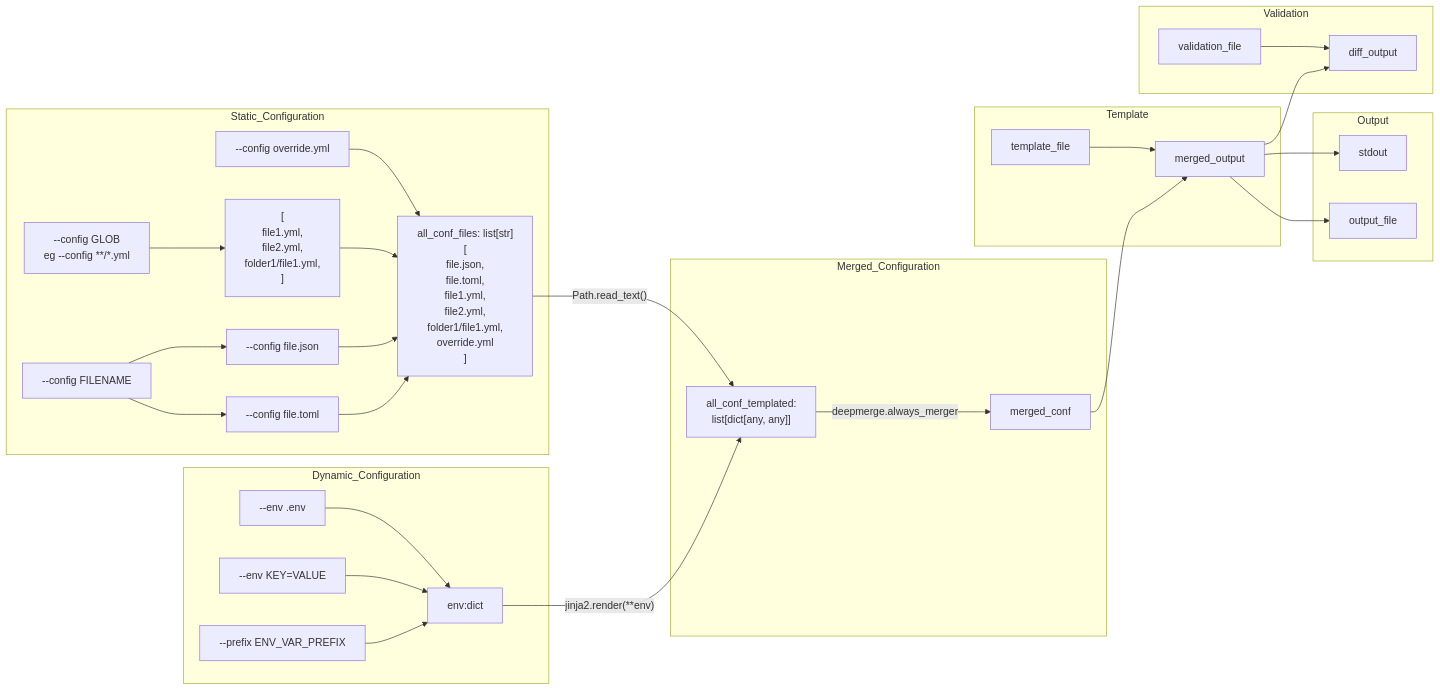
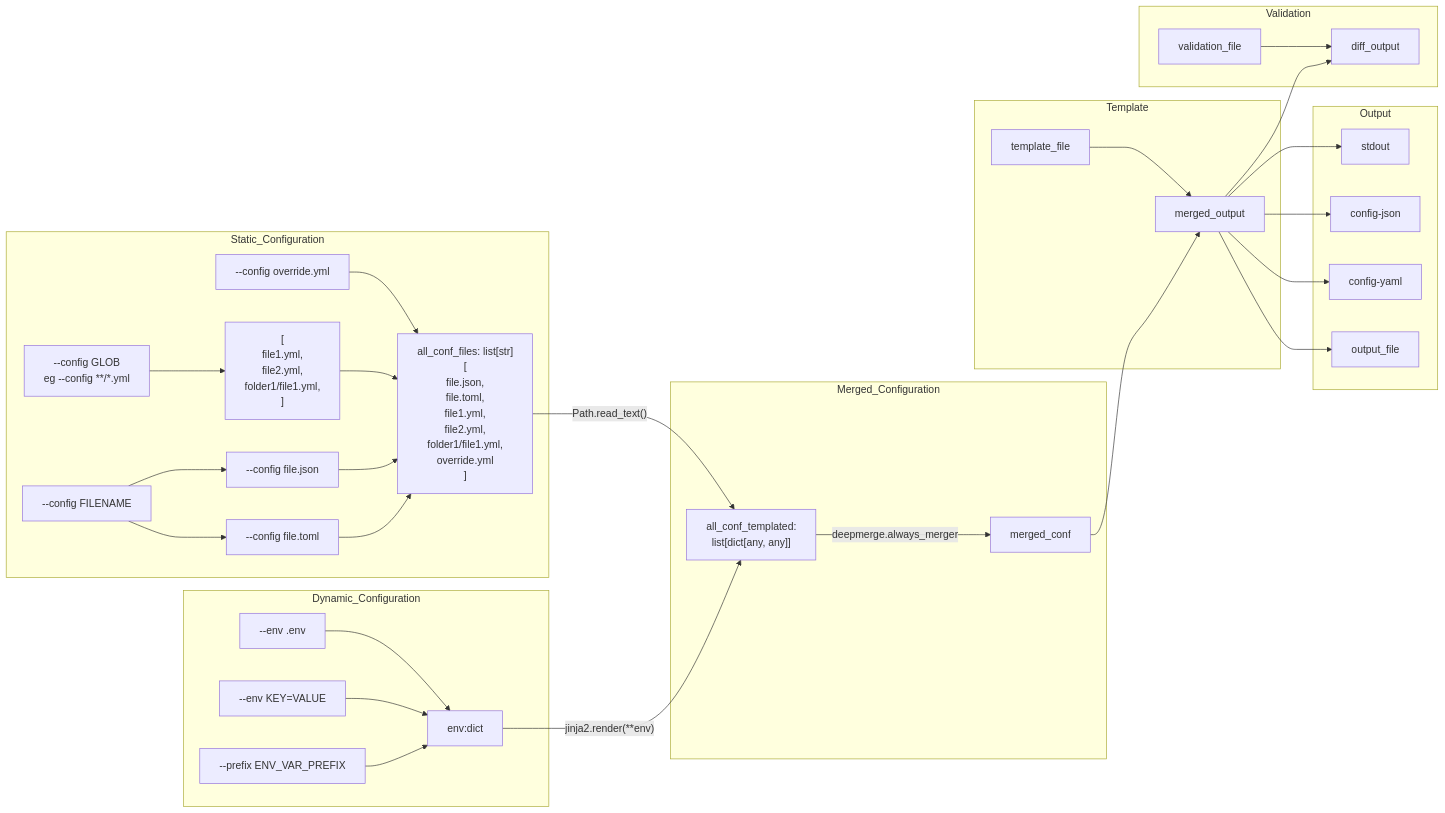
Before and after one commit to neozenith/injinja: the second of 4 diagrams in README.md, drawn with Mermaid.

Commit message:
Update architecture document

````diff
--- a/README.md
+++ b/README.md
@@ -95,70 +95,74 @@
 ```mermaid
 graph LR
     subgraph Dynamic_Configuration
         env_flags[--env KEY=VALUE]
         env_file["--env .env"]
         env_prefix[--prefix ENV_VAR_PREFIX ]
         env_dict[env:dict]
         env_prefix --> env_dict
         env_flags --> env_dict
         env_file --> env_dict
     end
     subgraph Static_Configuration
         conf_file[--config FILENAME]
         example_json[--config file.json]
         example_toml[--config file.toml]
         conf_glob["--config GLOB
             eg --config **/*.yml
         "]
         conf_glob_expanded["
             [
                 file1.yml,
                 file2.yml,
                 folder1/file1.yml,
             ]
         "]
         conf_override[--config override.yml]
         conf_list[" all_conf_files: list[str]
             [
                 file.json,
                 file.toml,
                 file1.yml,
                 file2.yml,
                 folder1/file1.yml,
                 override.yml
             ]
         "]
         conf_file --> example_json
         conf_file --> example_toml
         example_toml --> conf_list
         example_json --> conf_list
         conf_glob --> conf_glob_expanded
         conf_glob_expanded --> conf_list
         conf_override --> conf_list
     end
     subgraph Merged_Configuration
         all_conf["all_conf_templated: 
         list[dict[any, any]]"]
         merged_conf
         env_dict -->|"jinja2.render(**env)"| all_conf
         conf_list -->|"Path.read_text()"| all_conf
         all_conf -->|deepmerge.always_merger| merged_conf
     end
     subgraph Template
         merged_conf --> merged_output
         template_file --> merged_output
     end
     subgraph Output
         stdout
+        config-json
+        config-yaml
         output_file
         merged_output --> stdout
+        merged_output --> config-json
+        merged_output --> config-yaml
         merged_output --> output_file
     end
     subgraph Validation
         validation_file
 
         merged_output --> diff_output
         validation_file --> diff_output
     end
 
 ```
````
